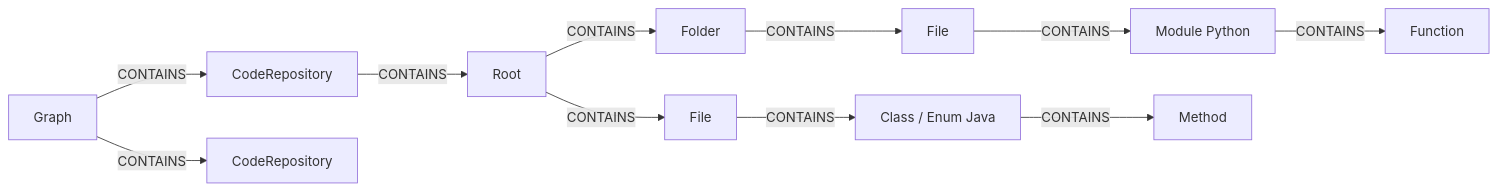
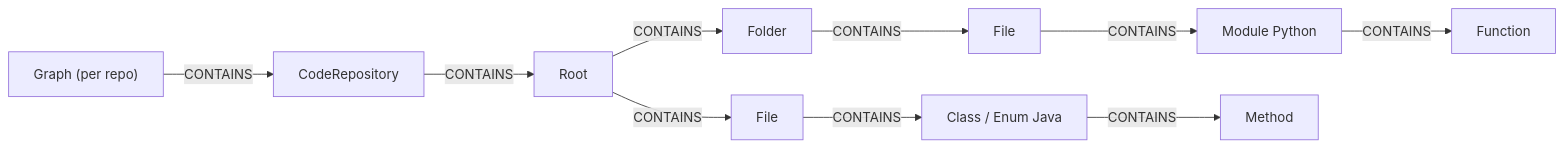
The second of 2 diagrams in README.md (wolfy5786/CodeGraph), drawn with Mermaid before and after one commit. The commit also changed other lines of this file and 24 other files, not shown here.

````diff
--- a/README.md
+++ b/README.md
@@ -96,13 +94,12 @@
 ```mermaid
 flowchart LR
-    G["Graph"] -->|"CONTAINS"| R1["CodeRepository"]
-    G -->|"CONTAINS"| R2["CodeRepository"]
+    G["Graph (per repo)"] -->|"CONTAINS"| R1["CodeRepository"]
     R1 -->|"CONTAINS"| Root["Root"]
     Root -->|"CONTAINS"| Fold["Folder"]
     Root -->|"CONTAINS"| File1["File"]
     Fold -->|"CONTAINS"| File2["File"]
     File1 -->|"CONTAINS"| TopJava["Class / Enum Java"]
     File2 -->|"CONTAINS"| TopPy["Module Python"]
     TopJava -->|"CONTAINS"| Method["Method"]
     TopPy -->|"CONTAINS"| Func["Function"]
 ```
````
